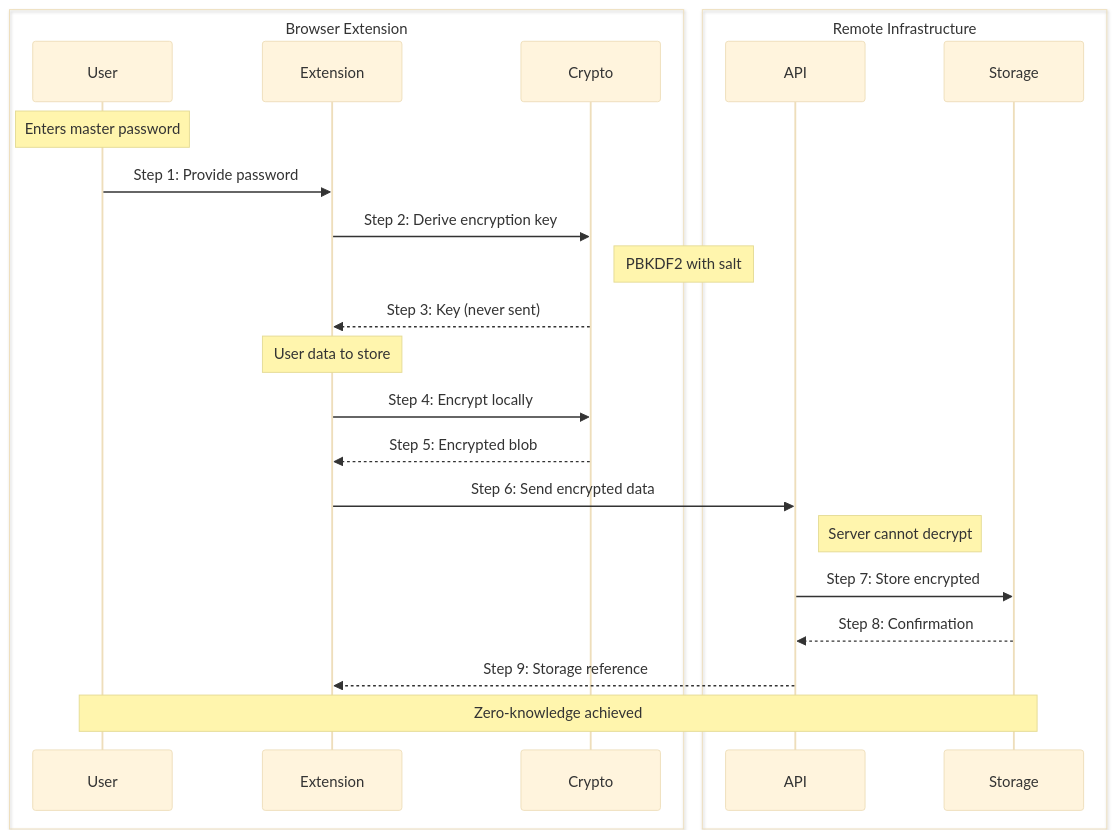
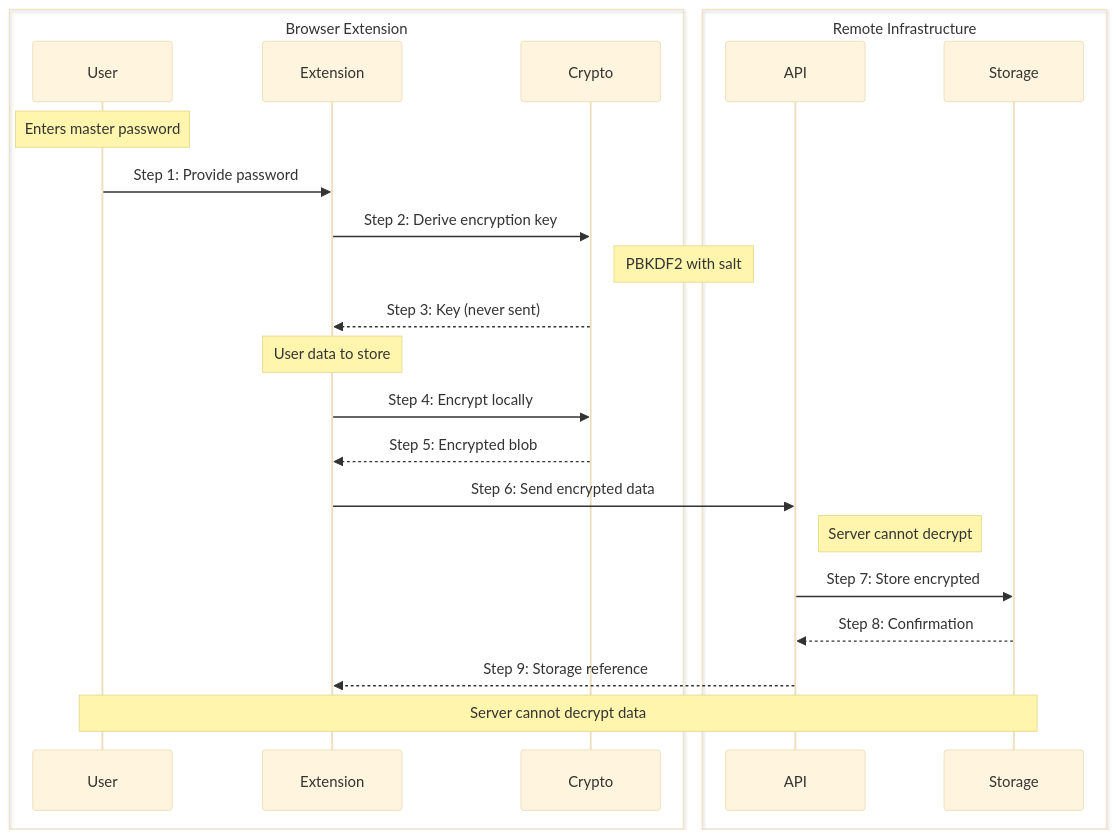
Before and after one commit to White-Rabbit-Lab/browser-extension: the first of 4 diagrams in docs/architecture/researches/2025-08-15-secure-storage-patterns.md, drawn with Mermaid. The commit also changed other lines of this file and 1 other file, not shown here.

First line of the commit message:
docs(architecture): verify storage research references and technical accuracy

````diff
--- a/docs/architecture/researches/2025-08-15-secure-storage-patterns.md
+++ b/docs/architecture/researches/2025-08-15-secure-storage-patterns.md
@@ -408,29 +427,29 @@
 ```mermaid
 %%{init: {'theme': 'base'} }%%
 sequenceDiagram
     box Browser Extension
         participant User
         participant Extension
         participant Crypto
     end
     box Remote Infrastructure
         participant API
         participant Storage
     end
 
     Note over User: Enters master password
     User->>Extension: Step 1: Provide password
     Extension->>Crypto: Step 2: Derive encryption key
     Note right of Crypto: PBKDF2 with salt
     Crypto-->>Extension: Step 3: Key (never sent)
 
     Note over Extension: User data to store
     Extension->>Crypto: Step 4: Encrypt locally
     Crypto-->>Extension: Step 5: Encrypted blob
     Extension->>API: Step 6: Send encrypted data
     Note right of API: Server cannot decrypt
     API->>Storage: Step 7: Store encrypted
     Storage-->>API: Step 8: Confirmation
     API-->>Extension: Step 9: Storage reference
-    Note over User,Storage: Zero-knowledge achieved
+    Note over User,Storage: Server cannot decrypt data
 ```
````
